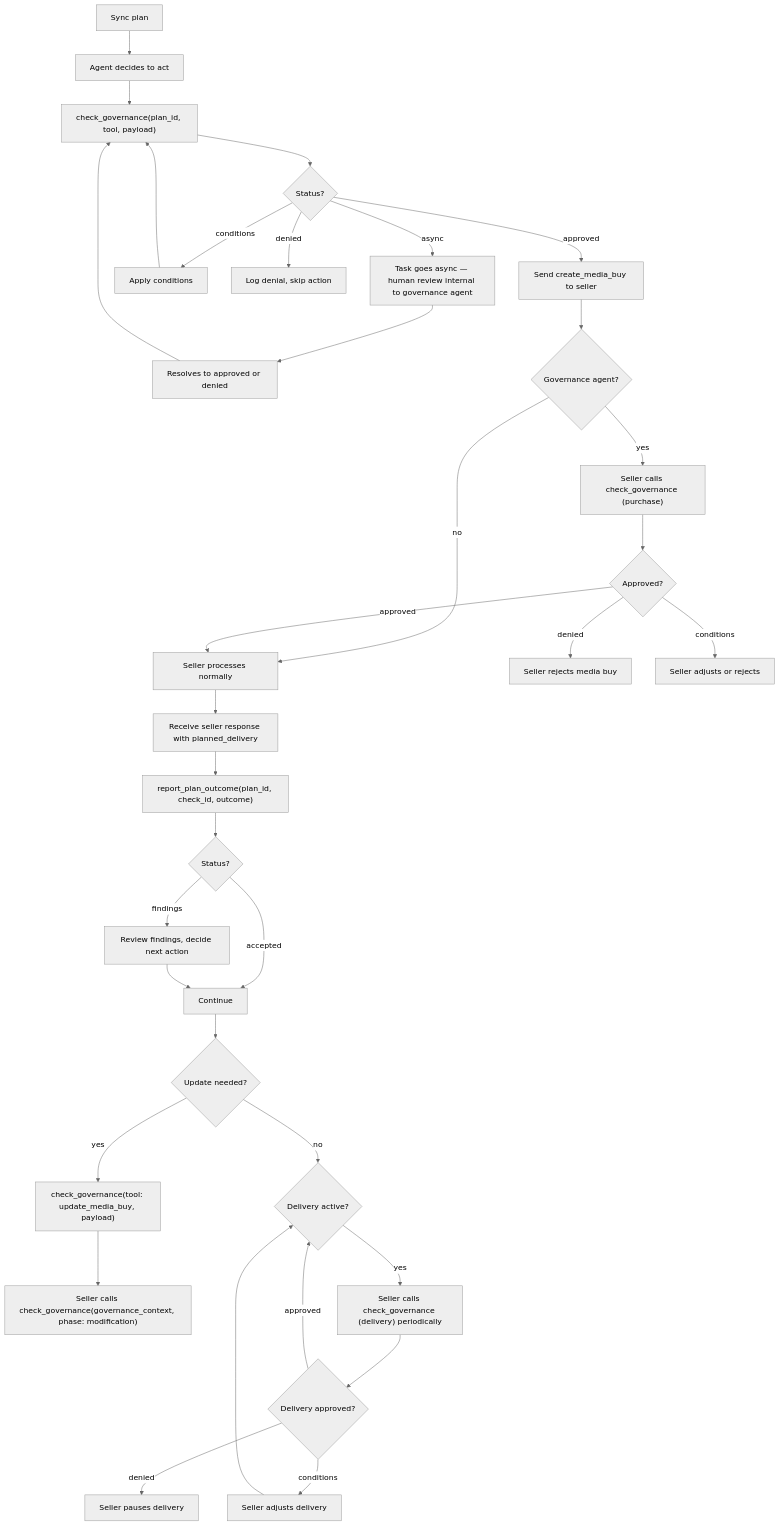
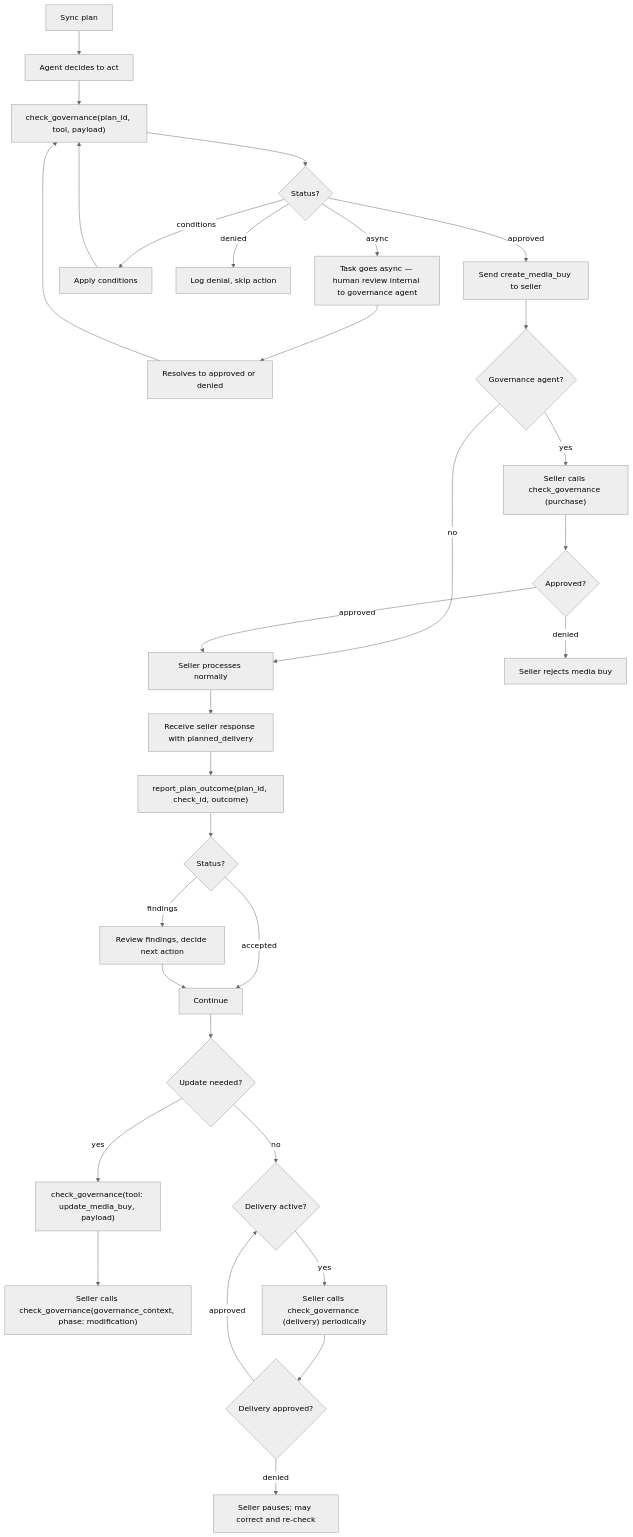
Before and after one commit to adcontextprotocol/adcp: the fourth of 4 diagrams in docs/governance/campaign/specification.mdx, drawn with Mermaid (neutral theme). The commit also changed other lines of this file and 78 other files, not shown here.

````diff
--- a/docs/governance/campaign/specification.mdx
+++ b/docs/governance/campaign/specification.mdx
@@ -1028,36 +1054,33 @@
 ```mermaid
 flowchart TD
     A[Sync plan] --> B[Agent decides to act]
     B --> C["check_governance(plan_id, tool, payload)"]
     C --> D{Status?}
     D -->|approved| E[Send create_media_buy to seller]
     D -->|conditions| F[Apply conditions]
     F --> C
     D -->|denied| G[Log denial, skip action]
     D -->|async| J[Task goes async — human review internal to governance agent]
     J --> K[Resolves to approved or denied]
     K --> C
     E --> L{Governance agent?}
     L -->|yes| M["Seller calls check_governance (purchase)"]
     L -->|no| N[Seller processes normally]
     M --> O{Approved?}
     O -->|approved| N
     O -->|denied| P[Seller rejects media buy]
-    O -->|conditions| Q[Seller adjusts or rejects]
     N --> R[Receive seller response with planned_delivery]
     R --> S["report_plan_outcome(plan_id, check_id, outcome)"]
     S --> T{Status?}
     T -->|accepted| U[Continue]
     T -->|findings| V[Review findings, decide next action]
     V --> U
     U --> W{Update needed?}
     W -->|yes| X["check_governance(tool: update_media_buy, payload)"]
     X --> Y["Seller calls check_governance(governance_context, phase: modification)"]
     W -->|no| Z{Delivery active?}
     Z -->|yes| AA["Seller calls check_governance (delivery) periodically"]
     AA --> AB{Delivery approved?}
     AB -->|approved| Z
-    AB -->|denied| AC[Seller pauses delivery]
-    AB -->|conditions| AD[Seller adjusts delivery]
-    AD --> Z
+    AB -->|denied| AC[Seller pauses; may correct and re-check]
 ```
````
